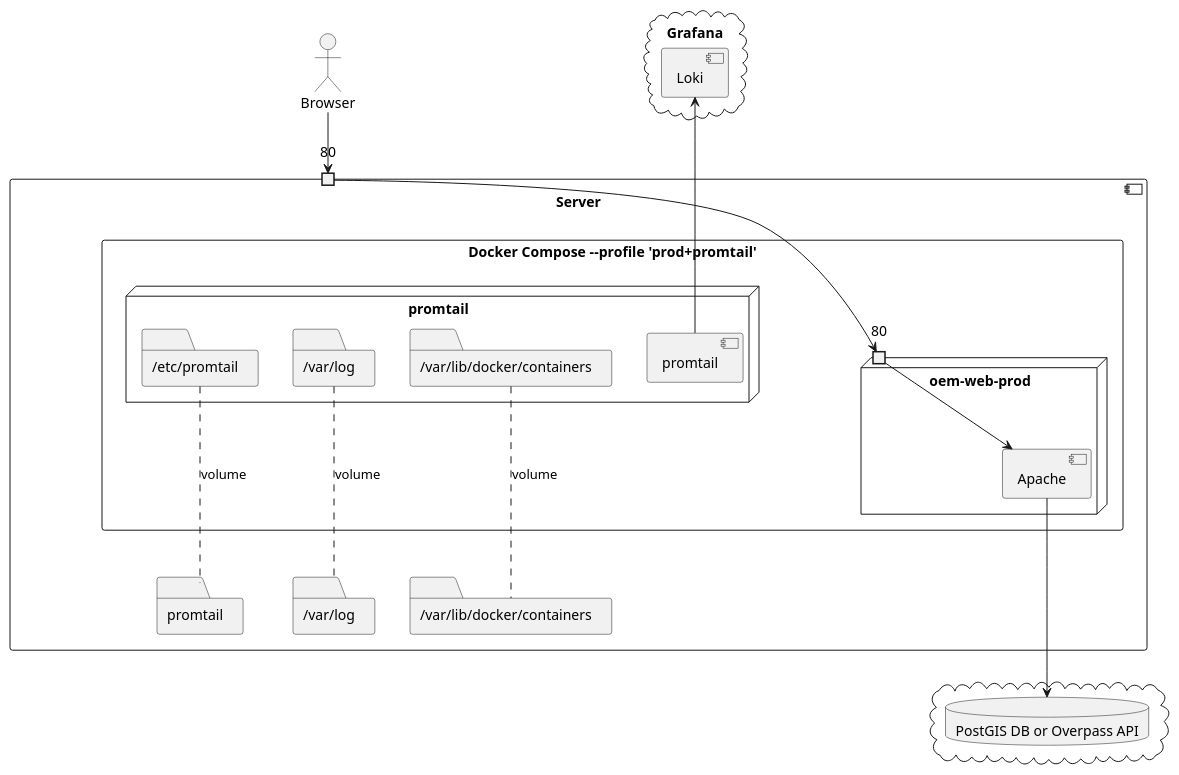
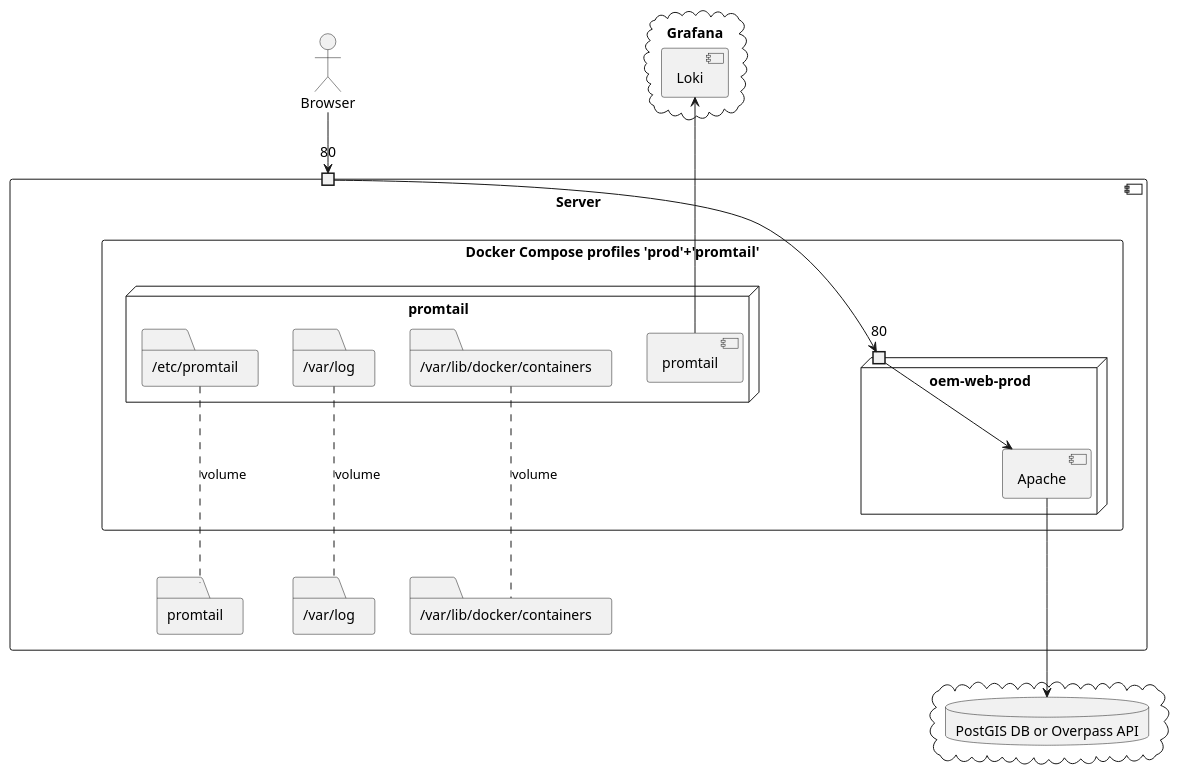
One commit to Danysan1/osm-wikidata-map-framework changed the diagram in images/prod+promtail.plantuml. Above: the diagram before and after it, drawn with PlantUML. The commit also changed 12 other files, not shown here.

First line of the commit message:
Reformat docker-compose

```diff
--- a/images/prod+promtail.plantuml
+++ b/images/prod+promtail.plantuml
@@ -1,42 +1,42 @@
 @startuml prod+promtail
 
 actor Browser
 cloud Grafana {
   component Loki
 }
 component Server {
   port "80" as 80docker
-  rectangle "Docker Compose --profile 'prod+promtail'" as docker {
+  rectangle "Docker Compose profiles 'prod'+'promtail'" as docker {
     node promtail {
       component promtail as promInst
       folder "/etc/promtail" as promRem
       folder "/var/log" as logRem
       folder "/var/lib/docker/containers" as contRem
     }
     node "oem-web-prod" {
       port "80" as 80webProd
       component Apache
     }
   }
   folder "promtail" as promLoc
   folder "/var/log" as logLoc
   folder "/var/lib/docker/containers" as contLoc
 }
 cloud {
   database "PostGIS DB or Overpass API" as db
 }
 
 Apache ---> db
 
 Browser --> 80docker
 
 80docker --> 80webProd
 
 Apache <-- 80webProd
 
 promRem ... promLoc : volume
 logRem ... logLoc : volume
 contRem ... contLoc : volume
 Loki <--- promInst
 
 @enduml
```
